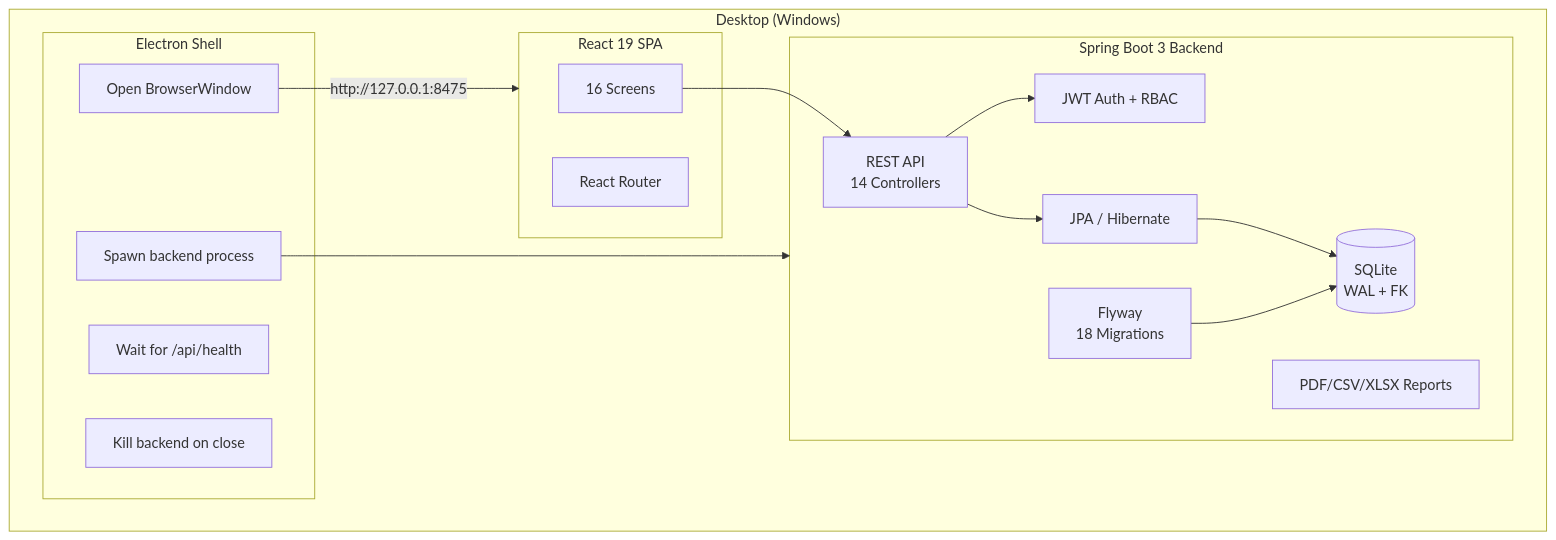
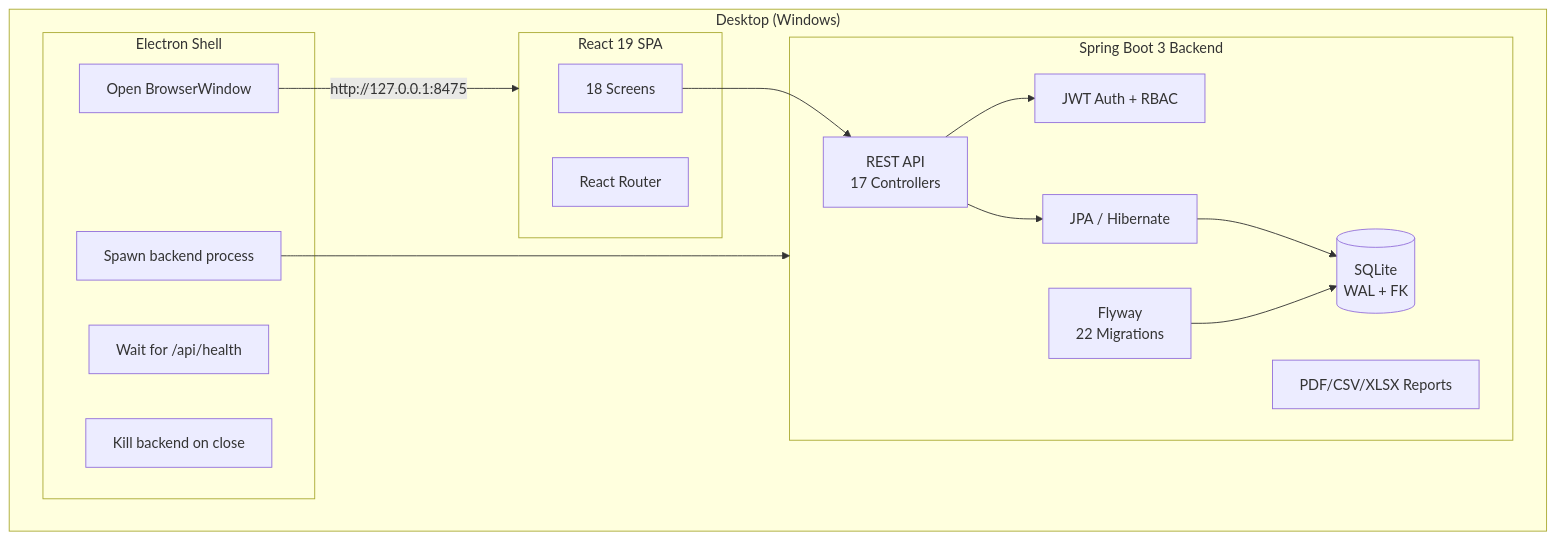
Before and after one commit to MooRaa86/Inventory-Management-Desktop-App: the first of 5 diagrams in README.md, drawn with Mermaid. The commit also changed other lines of this file, not shown here.

````diff
--- a/README.md
+++ b/README.md
@@ -43,33 +44,33 @@
 ```mermaid
 graph TB
     subgraph Desktop["Desktop (Windows)"]
         subgraph Electron["Electron Shell"]
             E1[Spawn backend process]
             E2[Wait for /api/health]
             E3[Open BrowserWindow]
             E4[Kill backend on close]
         end
 
         subgraph Backend["Spring Boot 3 Backend"]
-            REST[REST API<br/>14 Controllers]
+            REST[REST API<br/>17 Controllers]
             SEC[JWT Auth + RBAC]
             RPT[PDF/CSV/XLSX Reports]
             JPA[JPA / Hibernate]
-            FW[Flyway<br/>18 Migrations]
+            FW[Flyway<br/>22 Migrations]
             DB[(SQLite<br/>WAL + FK)]
         end
 
         subgraph Frontend["React 19 SPA"]
-            UI[16 Screens]
+            UI[18 Screens]
             ROUTER[React Router]
         end
 
         E1 --> Backend
         E3 -->|"http://127.0.0.1:8475"| Frontend
         UI --> REST
         REST --> SEC
         REST --> JPA
         JPA --> DB
         FW --> DB
     end
 ```
````
